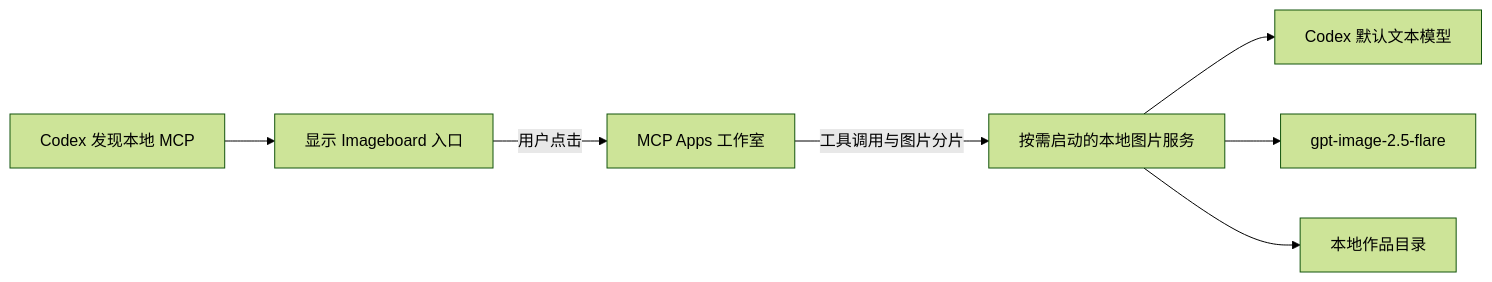
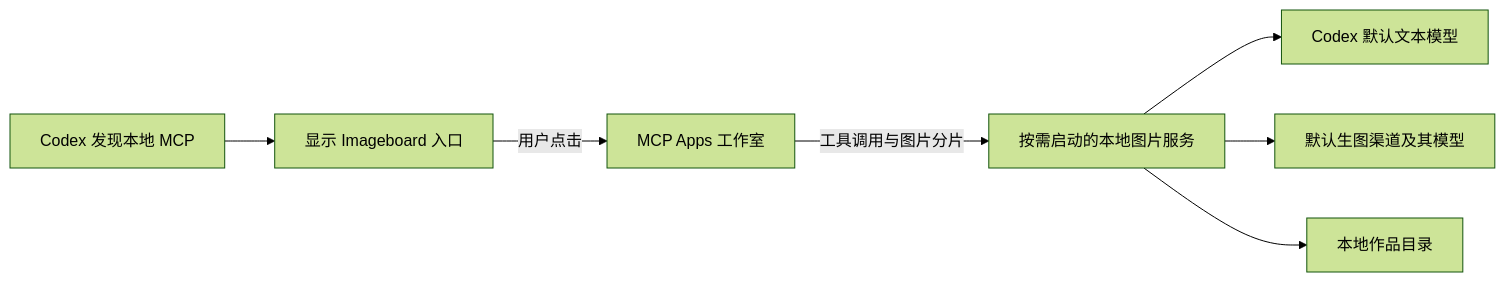
One commit to waylandun/IMG changed the diagram in README.md. Above: the diagram before and after it, drawn with Mermaid (forest theme). The commit also changed other lines of this file and 31 other files, not shown here.

Commit message:
feat(imageboard): 新增自定义生图渠道并完善图片编辑

````diff
--- a/README.md
+++ b/README.md
@@ -105,9 +128,9 @@
 ```mermaid
 flowchart LR
     A[Codex 发现本地 MCP] --> B[显示 Imageboard 入口]
     B -->|用户点击| C[MCP Apps 工作室]
     C -->|工具调用与图片分片| D[按需启动的本地图片服务]
     D --> E[Codex 默认文本模型]
-    D --> F[gpt-image-2.5-flare]
+    D --> F[默认生图渠道及其模型]
     D --> G[本地作品目录]
 ```
````
